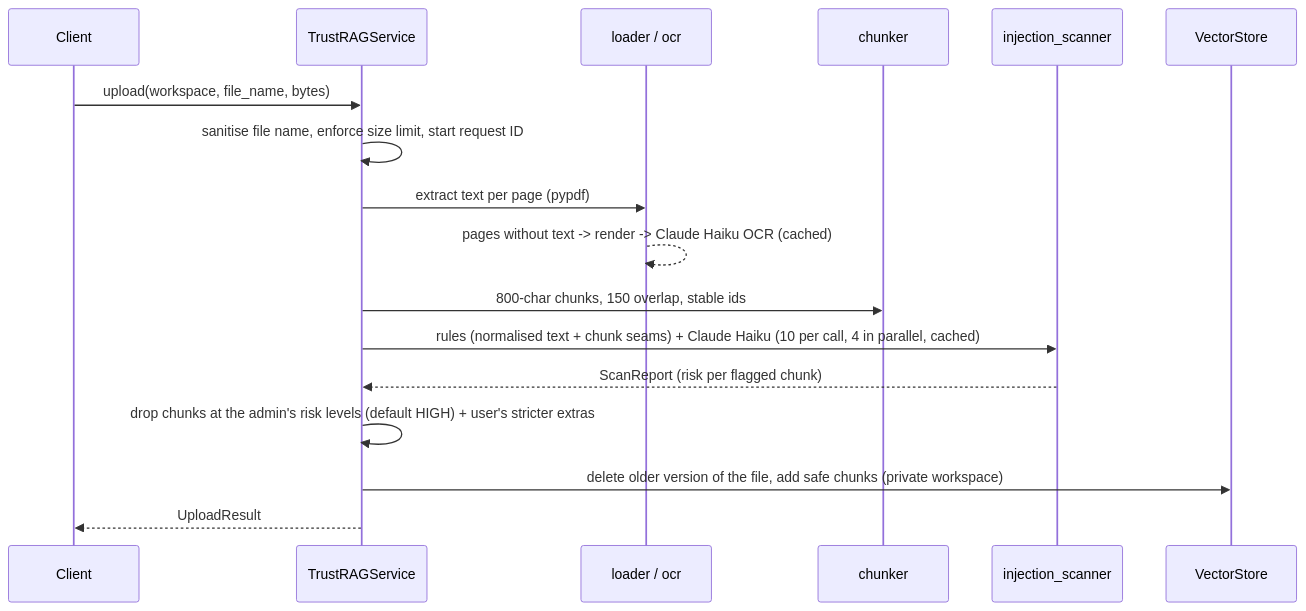
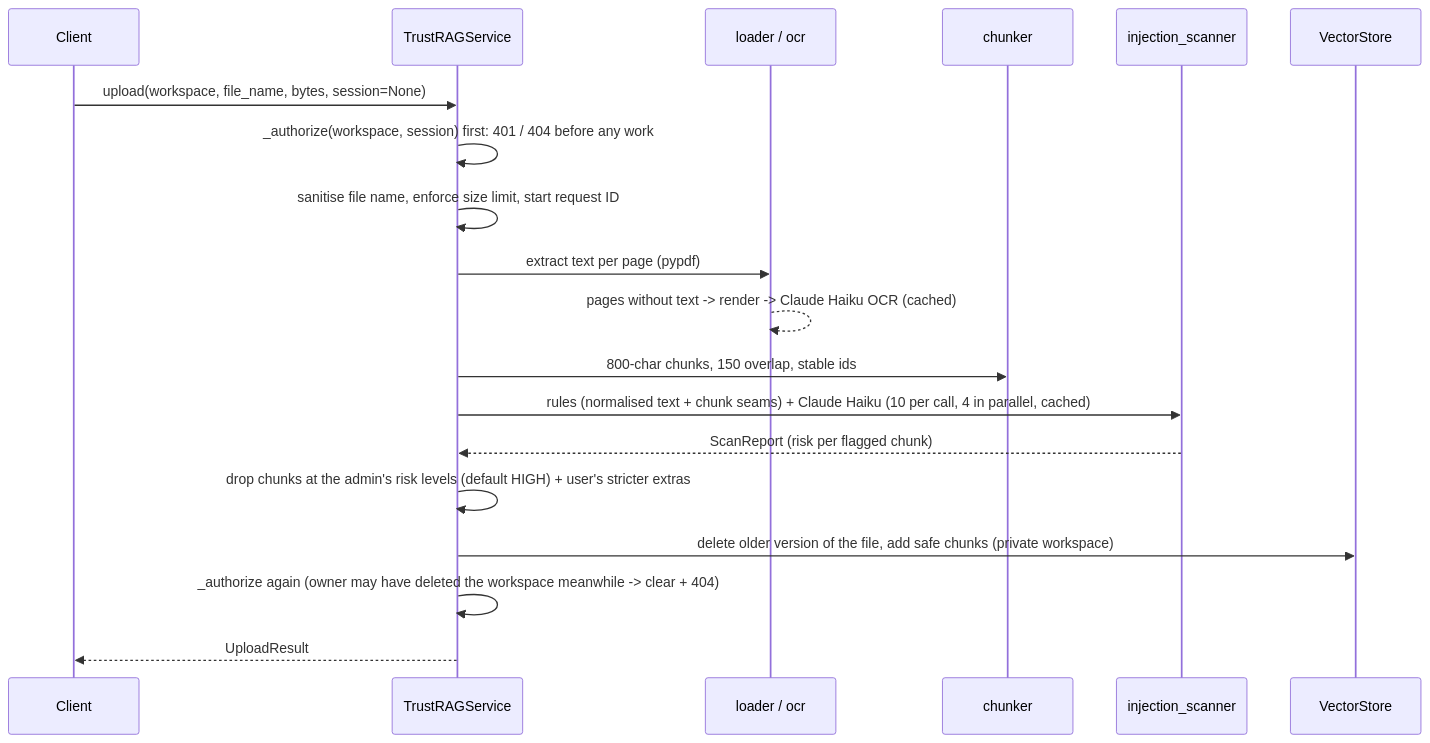
Before and after one commit to Adi-2494/trustrag: the second of 5 diagrams in ARCHITECTURE.md, drawn with Mermaid. The commit also changed other lines of this file and 38 other files, not shown here.

````diff
--- a/ARCHITECTURE.md
+++ b/ARCHITECTURE.md
@@ -55,19 +66,21 @@
 ```mermaid
 sequenceDiagram
     participant C as Client
     participant S as TrustRAGService
     participant L as loader / ocr
     participant K as chunker
     participant X as injection_scanner
     participant V as VectorStore
-    C->>S: upload(workspace, file_name, bytes)
+    C->>S: upload(workspace, file_name, bytes, session=None)
+    S->>S: _authorize(workspace, session) first: 401 / 404 before any work
     S->>S: sanitise file name, enforce size limit, start request ID
     S->>L: extract text per page (pypdf)
     L-->>L: pages without text -> render -> Claude Haiku OCR (cached)
     S->>K: 800-char chunks, 150 overlap, stable ids
     S->>X: rules (normalised text + chunk seams) + Claude Haiku (10 per call, 4 in parallel, cached)
     X-->>S: ScanReport (risk per flagged chunk)
     S->>S: drop chunks at the admin's risk levels (default HIGH) + user's stricter extras
     S->>V: delete older version of the file, add safe chunks (private workspace)
+    S->>S: _authorize again (owner may have deleted the workspace meanwhile -> clear + 404)
     S-->>C: UploadResult
 ```
````
